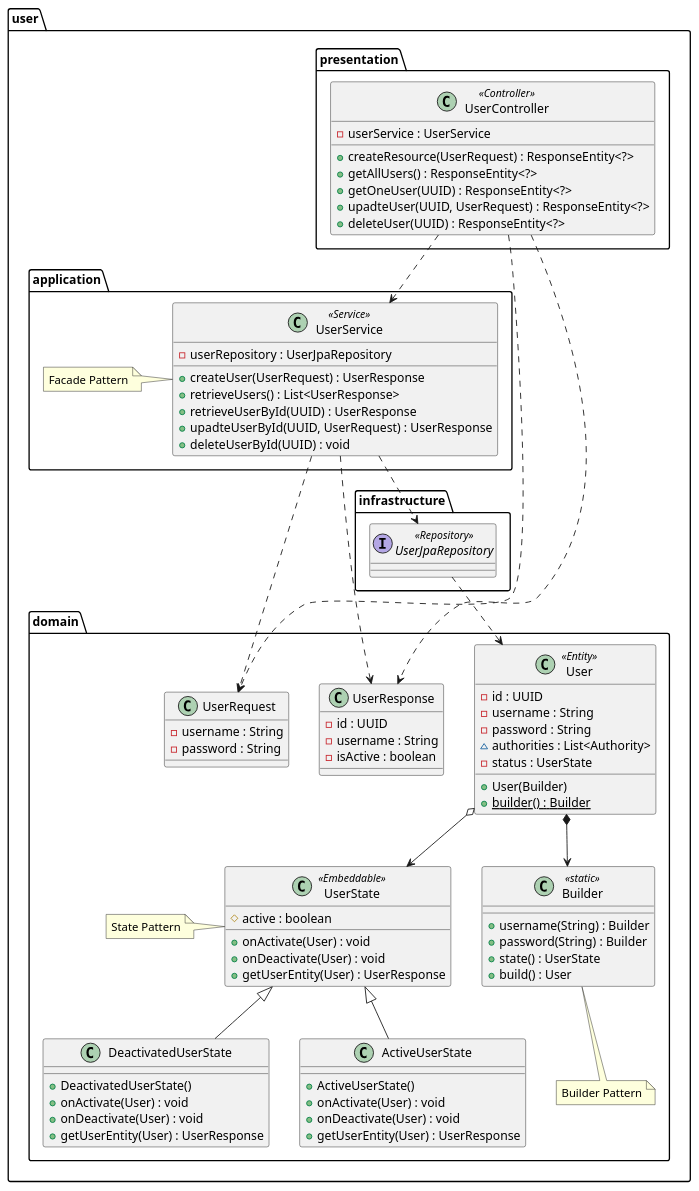
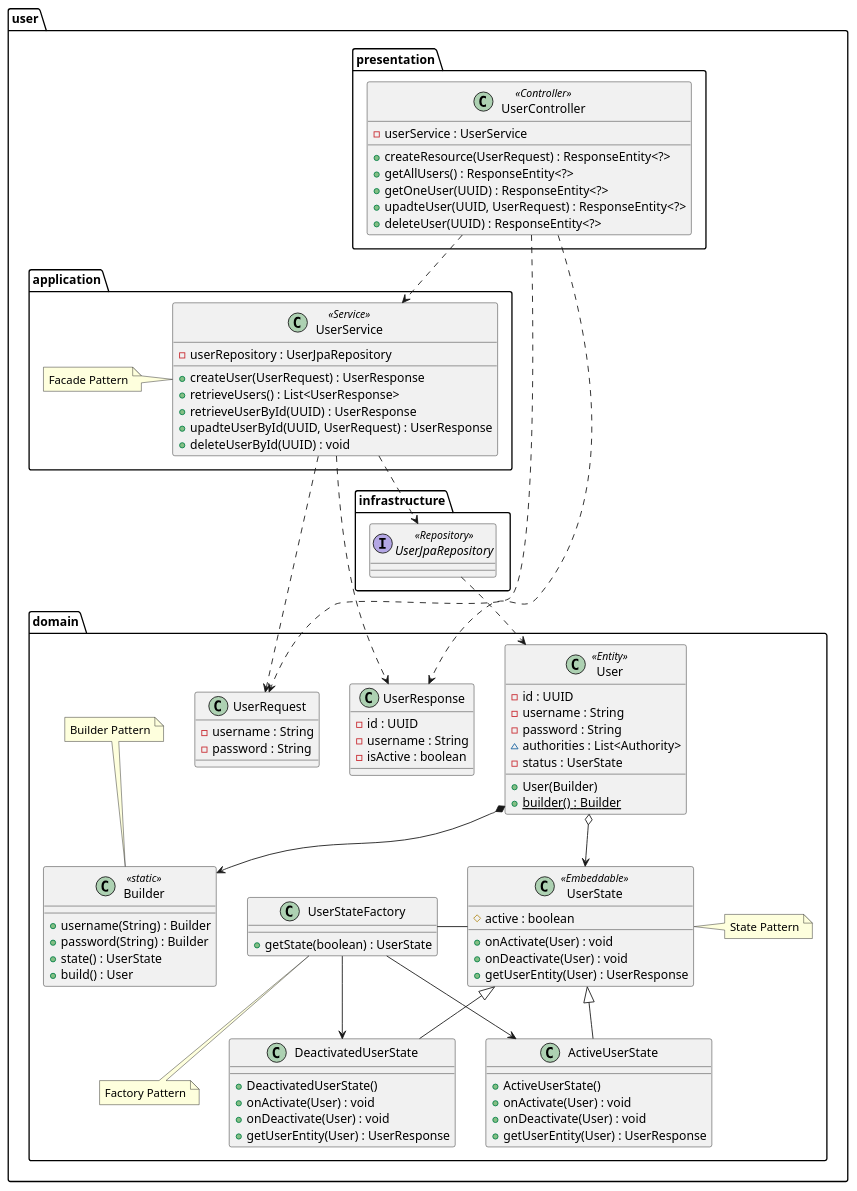
One commit to ads0070/daily-scheduler changed the diagram in src/main/java/kr/ac/deu/cse/scheduler/user/user.puml. Above: the diagram before and after it, drawn with PlantUML. The commit also changed 2 other files, not shown here.

Commit message:
feat: update UML

```diff
--- a/src/main/java/kr/ac/deu/cse/scheduler/user/user.puml
+++ b/src/main/java/kr/ac/deu/cse/scheduler/user/user.puml
@@ -1,104 +1,113 @@
 @startuml user
 ' !theme resume-light
 ' !theme cerulean-outline
 ' !theme sketchy-outline
 
 package user {
 
   package domain {
     class User <<Entity>> {
       -id : UUID
       -username : String
       -password : String
       ~authorities : List<Authority>
       -status : UserState
       +User(Builder)
       {static} +builder() : Builder
     }
 
     class Builder <<static>> {
       +username(String) : Builder
       +password(String) : Builder
       +state() : UserState
       +build() : User
     }
 
     class UserRequest {
       -username : String
       -password : String
     }
 
     class UserResponse {
       -id : UUID
       -username : String
       -isActive : boolean
     }
 
     class UserState <<Embeddable>> {
       #active : boolean
       +onActivate(User) : void
       +onDeactivate(User) : void
       +getUserEntity(User) : UserResponse
     }
 
     class ActiveUserState extends UserState {
       +ActiveUserState()
       +onActivate(User) : void
       +onDeactivate(User) : void
       +getUserEntity(User) : UserResponse
     }
 
     class DeactivatedUserState extends UserState {
       +DeactivatedUserState()
       +onActivate(User) : void
       +onDeactivate(User) : void
       +getUserEntity(User) : UserResponse
     }
 
-    note bottom of Builder: Builder Pattern
-    note left of UserState: State Pattern
+    class UserStateFactory {
+      +getState(boolean) : UserState
+    }
+
+    UserStateFactory - UserState
+    UserStateFactory --> ActiveUserState
+    UserStateFactory --> DeactivatedUserState
+
+    note top of Builder: Builder Pattern
+    note right of UserState: State Pattern
+    note bottom of UserStateFactory: Factory Pattern
   }
 
   package presentation {
     class UserController <<Controller>> {
       -userService : UserService
       +createResource(UserRequest) : ResponseEntity<?>
       +getAllUsers() : ResponseEntity<?>
       +getOneUser(UUID) : ResponseEntity<?>
       +upadteUser(UUID, UserRequest) : ResponseEntity<?>
       +deleteUser(UUID) : ResponseEntity<?>
     }
   }
 
   package application {
     class UserService <<Service>> {
       -userRepository : UserJpaRepository
       +createUser(UserRequest) : UserResponse
       +retrieveUsers() : List<UserResponse>
       +retrieveUserById(UUID) : UserResponse
       +upadteUserById(UUID, UserRequest) : UserResponse
       +deleteUserById(UUID) : void
     }
 
     note "Facade Pattern" as Facade
     Facade -> UserService
   }
 
   package infrastructure {
     interface UserJpaRepository <<Repository>>
   }
 
   User *--> Builder
   User o--> UserState
 
   UserController ..> UserService
   UserService ..> UserJpaRepository
 
   UserController ..> UserRequest
   UserController ..> UserResponse
   UserService ..> UserRequest
   UserService ..> UserResponse
   UserJpaRepository ..> User
 }
 
 @enduml
```
